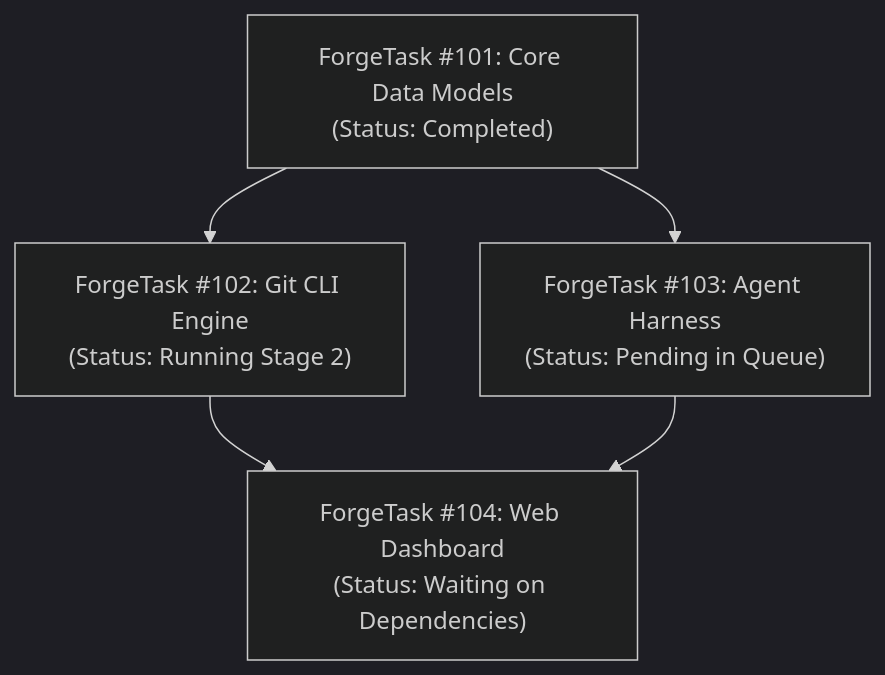
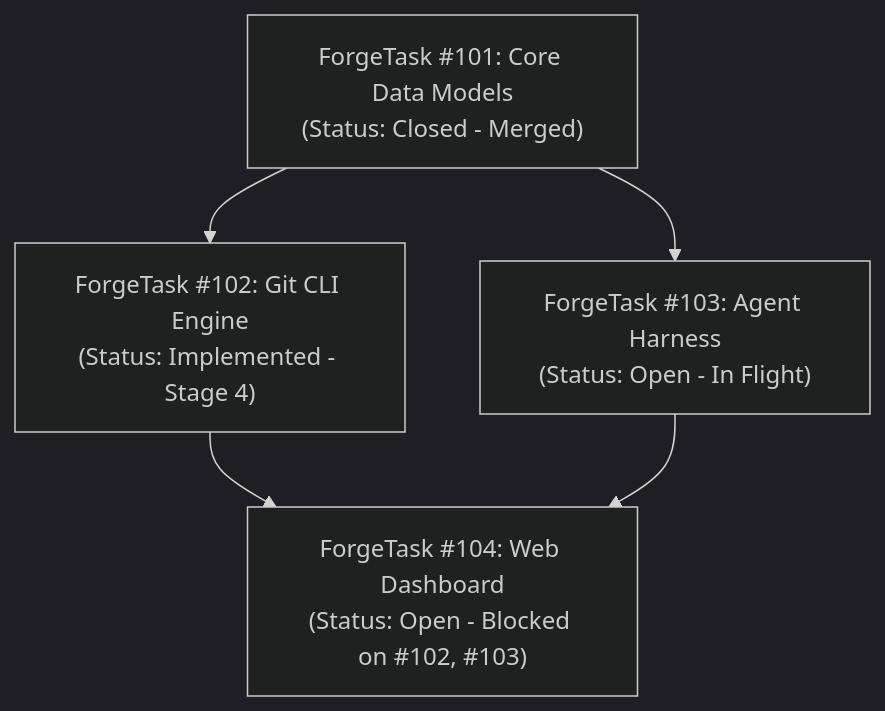
Before and after one commit to jetelain/NightCodeForge: the seventh of 23 diagrams in docs/ARCHITECTURE.md, drawn with Mermaid (dark theme). The commit also changed other lines of this file and 7 other files, not shown here.

````diff
--- a/docs/ARCHITECTURE.md
+++ b/docs/ARCHITECTURE.md
@@ -586,12 +603,12 @@
 ```mermaid
 flowchart TD
-    Task101["ForgeTask #101: Core Data Models\n(Status: Completed)"]
-    Task102["ForgeTask #102: Git CLI Engine\n(Status: Running Stage 2)"]
-    Task103["ForgeTask #103: Agent Harness\n(Status: Pending in Queue)"]
-    Task104["ForgeTask #104: Web Dashboard\n(Status: Waiting on Dependencies)"]
+    Task101["ForgeTask #101: Core Data Models\n(Status: Closed - Merged)"]
+    Task102["ForgeTask #102: Git CLI Engine\n(Status: Implemented - Stage 4)"]
+    Task103["ForgeTask #103: Agent Harness\n(Status: Open - In Flight)"]
+    Task104["ForgeTask #104: Web Dashboard\n(Status: Open - Blocked on #102, #103)"]
 
     Task101 --> Task102
     Task101 --> Task103
     Task102 --> Task104
     Task103 --> Task104
 ```
````
